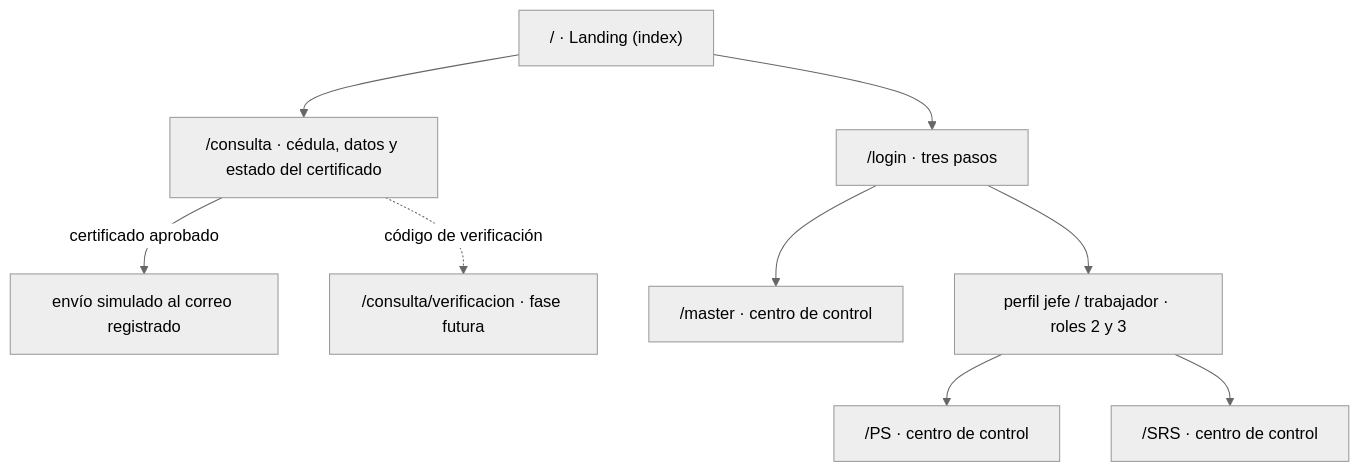
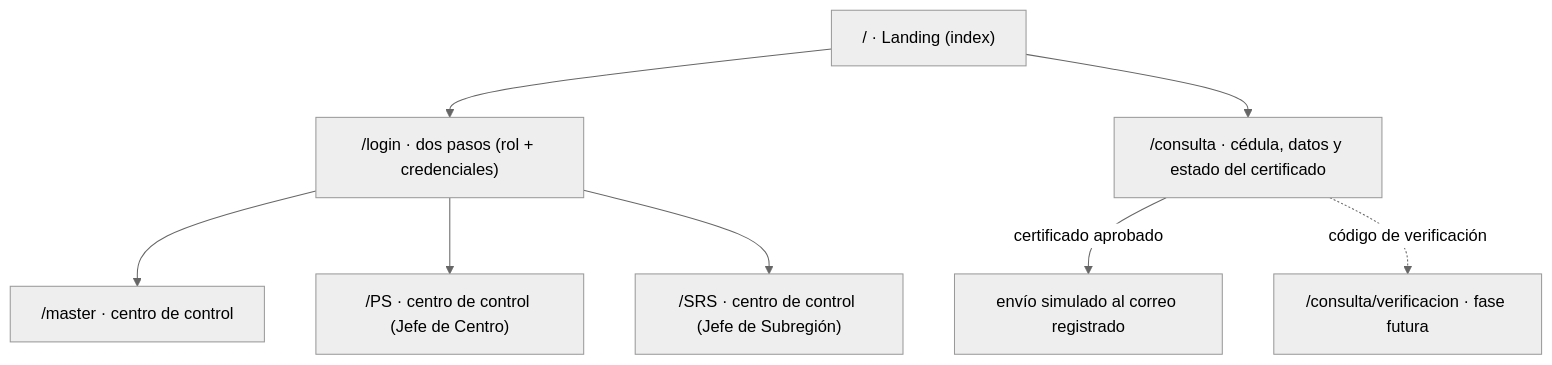
Before and after one commit to svengeance07/VIHpositivoXD: the first of 2 diagrams in docs/diseno/vistas.md, drawn with Mermaid (neutral theme). The commit also changed other lines of this file and 54 other files, not shown here.

````diff
--- a/docs/diseno/vistas.md
+++ b/docs/diseno/vistas.md
@@ -46,21 +46,20 @@
 ```mermaid
 flowchart TD
     index["/ · Landing (index)"]
-    login["/login · tres pasos"]
+    login["/login · dos pasos (rol + credenciales)"]
     consulta["/consulta · cédula, datos y estado del certificado"]
     correo["envío simulado al correo registrado"]
     otp["/consulta/verificacion · fase futura"]
 
     master["/master · centro de control"]
-    ps["/PS · centro de control"]
-    srs["/SRS · centro de control"]
+    ps["/PS · centro de control (Jefe de Centro)"]
+    srs["/SRS · centro de control (Jefe de Subregión)"]
 
     index --> login
     index --> consulta
     consulta -->|certificado aprobado| correo
     consulta -.->|código de verificación| otp
     login --> master
-    login --> perfil["perfil jefe / trabajador · roles 2 y 3"]
-    perfil --> ps
-    perfil --> srs
+    login --> ps
+    login --> srs
 ```
````
